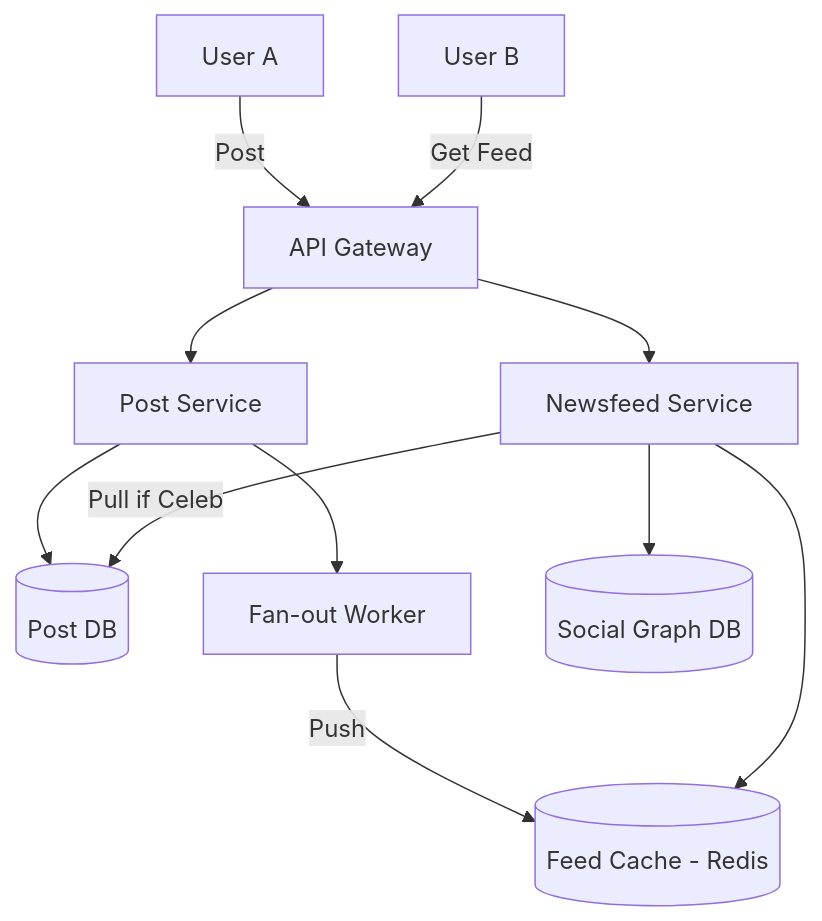
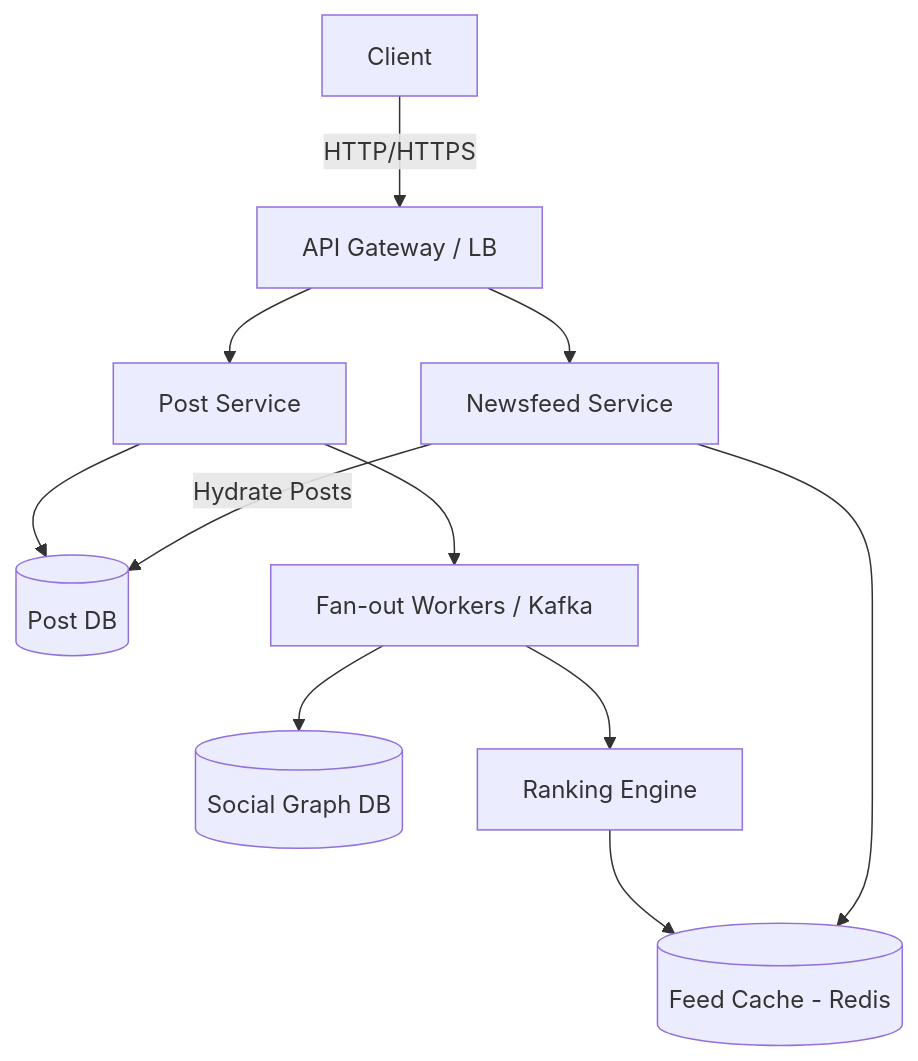
One commit to Ankur-glitchtracer/docs changed the diagram in system_design_hld/architectures/social_media/FACEBOOK_NEWSFEED.md. Above: the diagram before and after it, drawn with Mermaid. The commit also changed other lines of this file and 277 other files, not shown here.

````diff
--- a/system_design_hld/architectures/social_media/FACEBOOK_NEWSFEED.md
+++ b/system_design_hld/architectures/social_media/FACEBOOK_NEWSFEED.md
@@ -19,15 +66,18 @@
 ```mermaid
 graph TD
-    UserA[User A] -->|Post| Gateway[API Gateway]
-    Gateway --> PostSvc[Post Service]
+    Client -->|HTTP/HTTPS| LoadBalancer[API Gateway / LB]
+    
+    LoadBalancer --> PostSvc[Post Service]
+    LoadBalancer --> FeedSvc[Newsfeed Service]
+    
     PostSvc --> PostDB[(Post DB)]
-    PostSvc --> Fanout[Fan-out Worker]
+    PostSvc --> Fanout[Fan-out Workers / Kafka]
     
-    Fanout -->|Push| FeedCache[(Feed Cache - Redis)]
+    Fanout --> GraphDB[(Social Graph DB)]
+    Fanout --> RankingSvc[Ranking Engine]
     
-    UserB[User B] -->|Get Feed| Gateway
-    Gateway --> FeedSvc[Newsfeed Service]
+    RankingSvc --> FeedCache[(Feed Cache - Redis)]
+    
     FeedSvc --> FeedCache
-    FeedSvc --> GraphDB[(Social Graph DB)]
-    FeedSvc -->|Pull if Celeb| PostDB
+    FeedSvc -->|Hydrate Posts| PostDB
 ```
````
